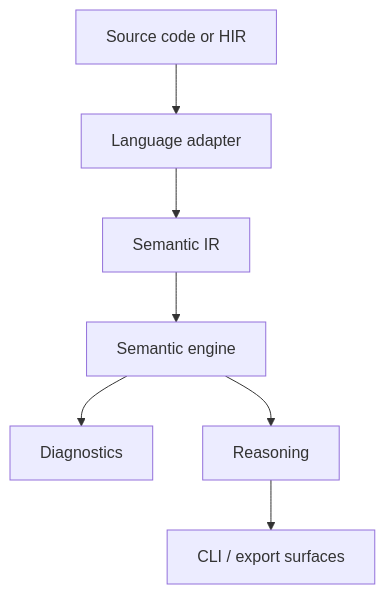
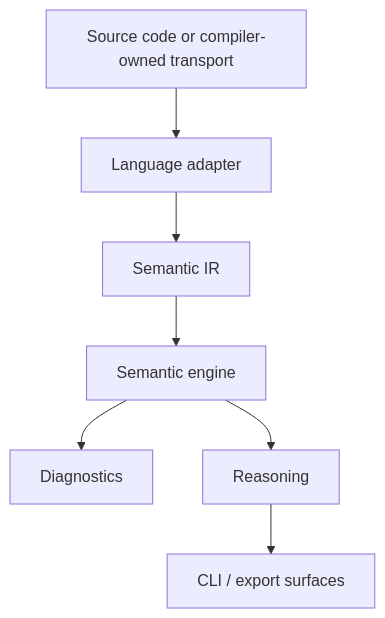
The diagram in docs/architecture/overview.md (Shiviatrix/VinglishZero), drawn with Mermaid before and after one commit. The commit also changed other lines of this file and 46 other files, not shown here.

First line of the commit message:
Add semantic graph validation and cache resilience

````diff
--- a/docs/architecture/overview.md
+++ b/docs/architecture/overview.md
@@ -7,9 +7,9 @@
 ```mermaid
 flowchart TD
-  Source["Source code or HIR"] --> Adapter["Language adapter"]
+  Source["Source code or compiler-owned transport"] --> Adapter["Language adapter"]
   Adapter --> IR["Semantic IR"]
   IR --> Engine["Semantic engine"]
   Engine --> Diagnostics["Diagnostics"]
   Engine --> Reasoning["Reasoning"]
   Reasoning --> CLI["CLI / export surfaces"]
 ```
````
